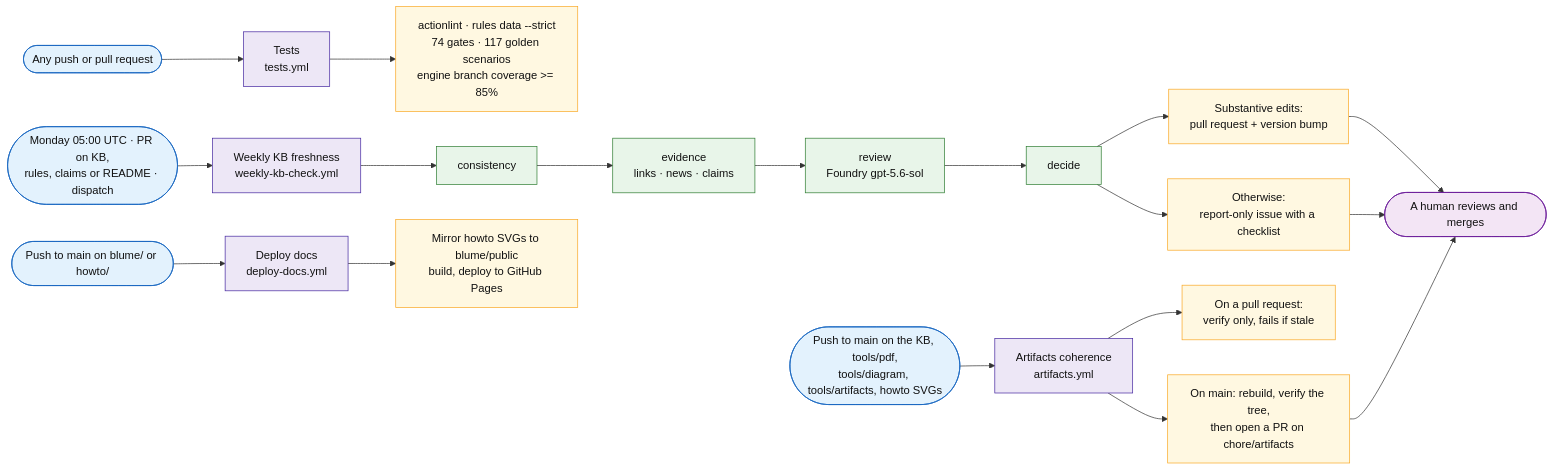
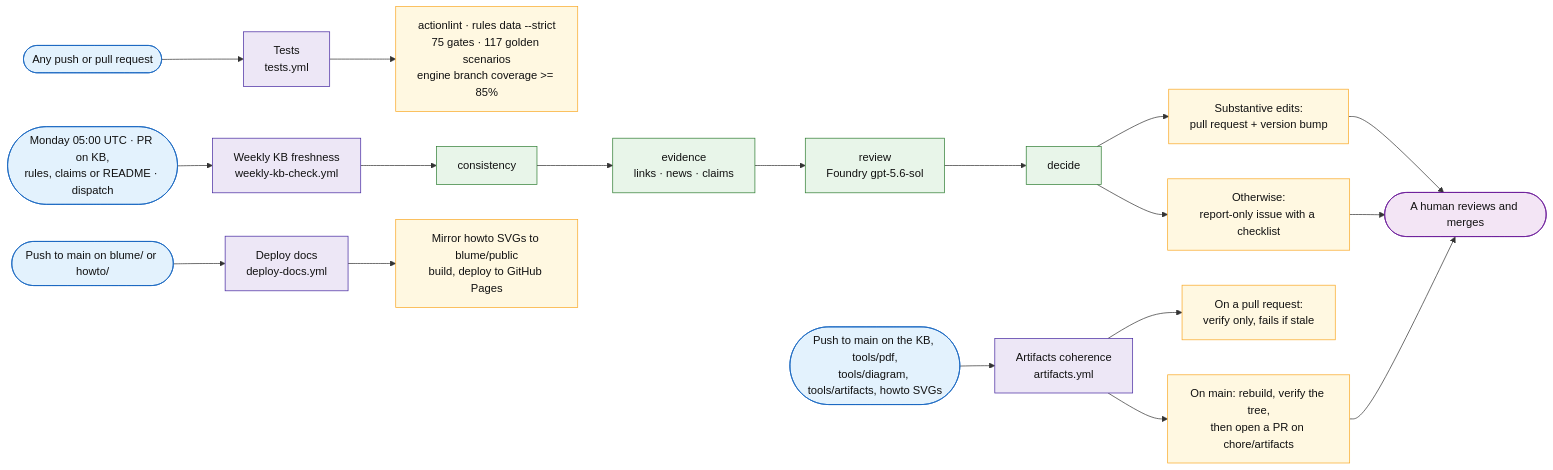
Before and after one commit to fredgis/sql-migration-advisor: the sixth of 6 diagrams in docs/sql-migration-advisor-developer-pitch.md, drawn with Mermaid. The commit also changed 13 other files, not shown here.

````diff
--- a/docs/sql-migration-advisor-developer-pitch.md
+++ b/docs/sql-migration-advisor-developer-pitch.md
@@ -991,33 +991,33 @@
 ```mermaid
 flowchart LR
     G1([Any push or pull request]) --> W1[Tests<br/>tests.yml]
     G2([Monday 05:00 UTC · PR on KB,<br/>rules, claims or README · dispatch]) --> W2[Weekly KB freshness<br/>weekly-kb-check.yml]
     G3([Push to main on the KB, tools/pdf,<br/>tools/diagram, tools/artifacts, howto SVGs]) --> W3[Artifacts coherence<br/>artifacts.yml]
     G4([Push to main on blume/ or howto/]) --> W4[Deploy docs<br/>deploy-docs.yml]
 
-    W1 --> O1[actionlint · rules data --strict<br/>74 gates · 117 golden scenarios<br/>engine branch coverage >= 85%]
+    W1 --> O1[actionlint · rules data --strict<br/>75 gates · 117 golden scenarios<br/>engine branch coverage >= 85%]
 
     W2 --> C1[consistency] --> C2[evidence<br/>links · news · claims] --> C3[review<br/>Foundry gpt-5.6-sol] --> C4[decide]
     C4 --> O2a[Substantive edits:<br/>pull request + version bump]
     C4 --> O2b[Otherwise:<br/>report-only issue with a checklist]
 
     W3 --> O3a[On a pull request:<br/>verify only, fails if stale]
     W3 --> O3b[On main: rebuild, verify the tree,<br/>then open a PR on chore/artifacts]
 
     W4 --> O4[Mirror howto SVGs to blume/public<br/>build, deploy to GitHub Pages]
 
     O2a --> H([A human reviews and merges])
     O2b --> H
     O3b --> H
 
     classDef trig fill:#e3f2fd,stroke:#1565c0,color:#111
     classDef flow fill:#ede7f6,stroke:#4527a0,color:#111
     classDef step fill:#e8f5e9,stroke:#2e7d32,color:#111
     classDef out fill:#fff8e1,stroke:#f9a825,color:#111
     classDef human fill:#f3e5f5,stroke:#6a1b9a,color:#111
     class G1,G2,G3,G4 trig
     class W1,W2,W3,W4 flow
     class C1,C2,C3,C4 step
     class O1,O2a,O2b,O3a,O3b,O4 out
     class H human
 ```
````
